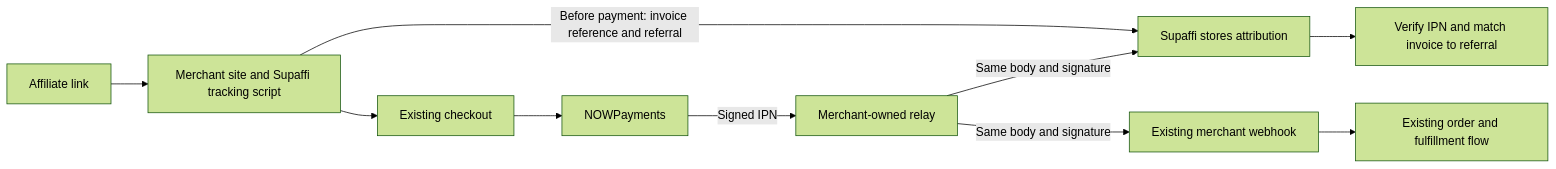
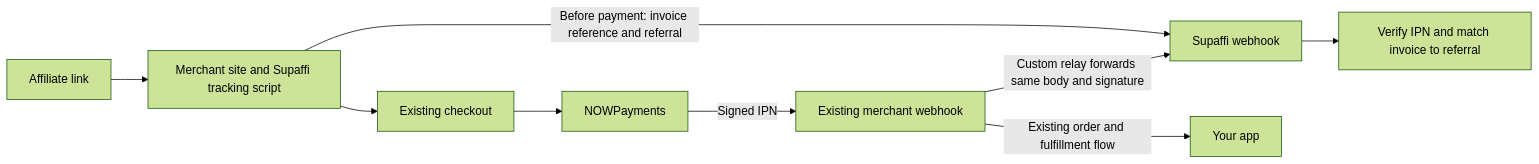
The diagram in docs/payment-providers.md (enrique-orellana/supaffi), drawn with Mermaid (forest theme) before and after one commit. The commit also changed other lines of this file and 17 other files, not shown here.

````diff
--- a/docs/payment-providers.md
+++ b/docs/payment-providers.md
@@ -16,12 +16,11 @@
 ```mermaid
 flowchart LR
   A[Affiliate link] --> B[Merchant site and Supaffi tracking script]
   B -->|Before payment: invoice reference and referral| S[Supaffi stores attribution]
   B --> C[Existing checkout]
   C --> D[NOWPayments]
-  D -->|Signed IPN| R[Merchant-owned relay]
-  R -->|Same body and signature| E[Existing merchant webhook]
-  R -->|Same body and signature| S
-  E --> F[Existing order and fulfillment flow]
+  D -->|Signed IPN| E[Existing merchant webhook]
+  E -->|Existing order and fulfillment flow| F[Your app]
+  E -->|Custom relay forwards same body and signature| S[Supaffi webhook]
   S --> G[Verify IPN and match invoice to referral]
 ```
````
